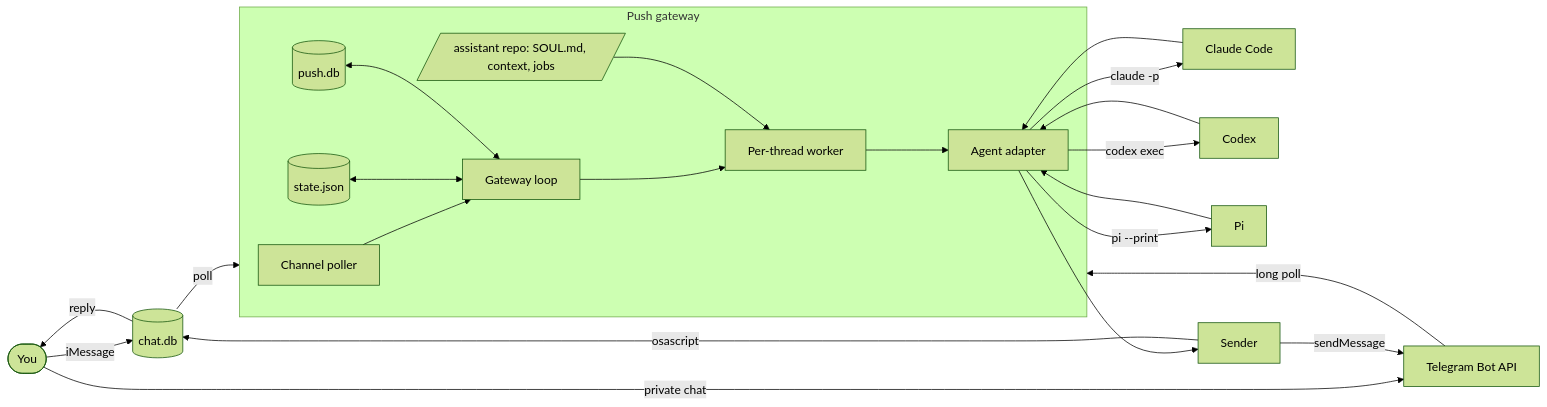
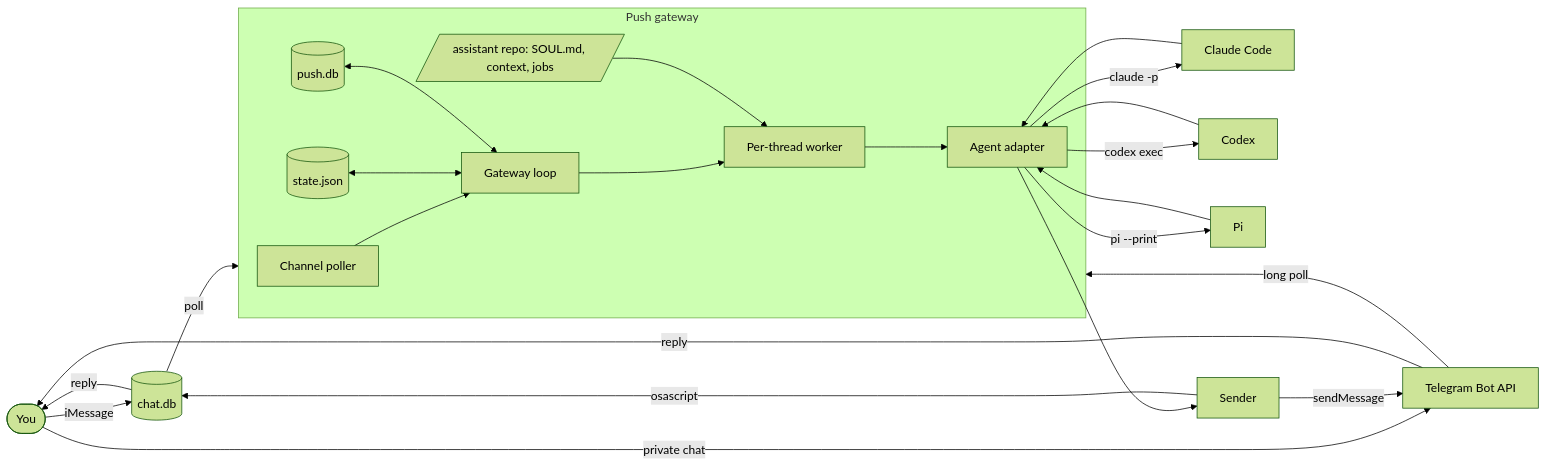
The first of 2 diagrams in docs/architecture.md (owainlewis/push), drawn with Mermaid (forest theme) before and after one commit. The commit also changed other lines of this file and 14 other files, not shown here.

````diff
--- a/docs/architecture.md
+++ b/docs/architecture.md
@@ -64,25 +64,26 @@
 ```mermaid
 flowchart LR
     user([You]) -->|iMessage| db[(chat.db)]
     user -->|private chat| tg[Telegram Bot API]
     db -->|poll| push
     tg -->|long poll| push
     subgraph push[Push gateway]
         poller[Channel poller] --> gateway[Gateway loop]
         gateway --> worker[Per-thread worker]
         store[(state.json)] <--> gateway
         history[(push.db)] <--> gateway
         assistant[/assistant repo: SOUL.md, context, jobs/] --> worker
         worker --> adapter[Agent adapter]
     end
     adapter -->|claude -p| claude[Claude Code]
     adapter -->|codex exec| codex[Codex]
     adapter -->|pi --print| pi[Pi]
     claude --> adapter
     codex --> adapter
     pi --> adapter
     adapter --> sender[Sender]
     sender -->|osascript| db
     sender -->|sendMessage| tg
     db -->|reply| user
+    tg -->|reply| user
 ```
````
